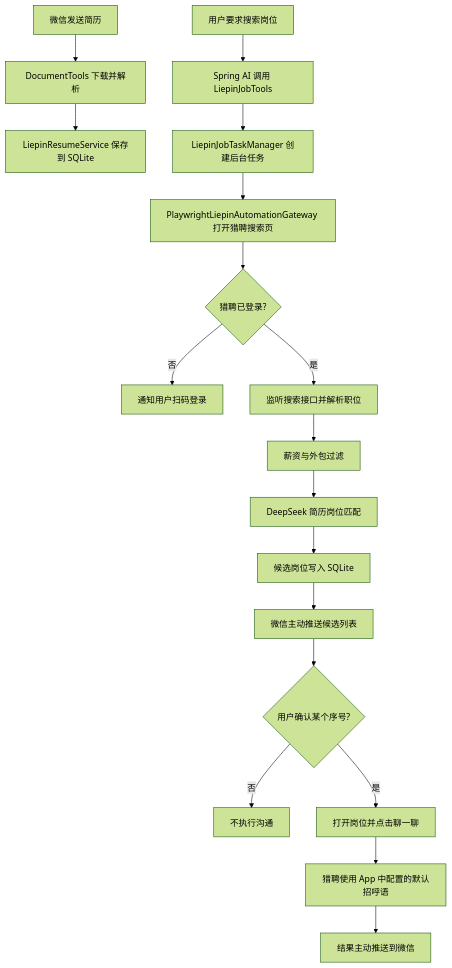
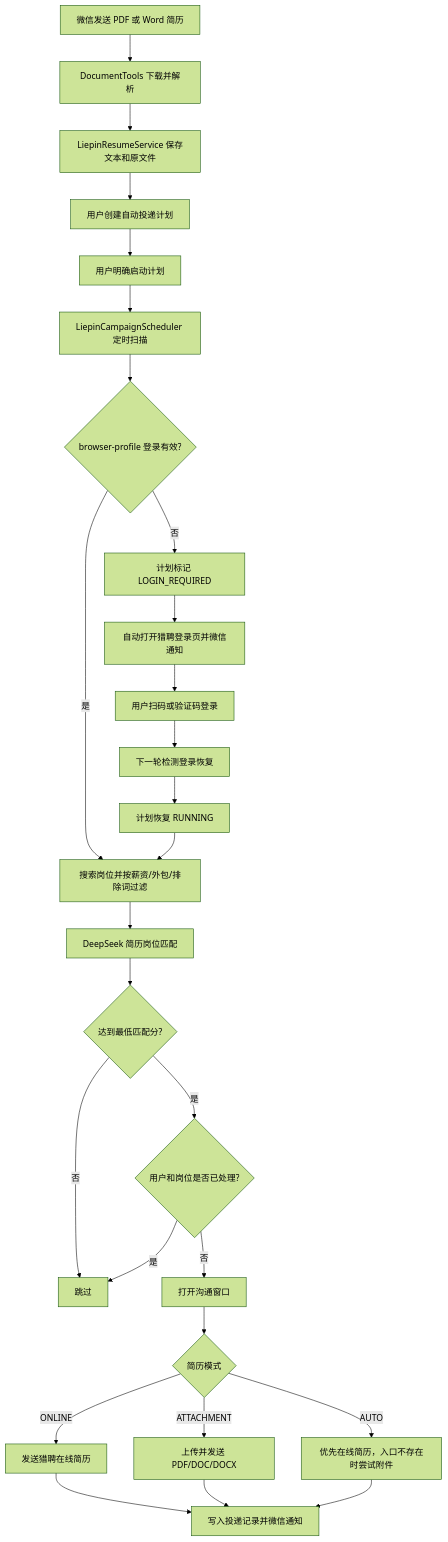
Before and after one commit to Bolok-code/Ykd_Repository: the diagram in doc/猎聘求职助手.md, drawn with Mermaid (forest theme). The commit also changed other lines of this file and 29 other files, not shown here.

````diff
--- a/doc/猎聘求职助手.md
+++ b/doc/猎聘求职助手.md
@@ -33,20 +14,29 @@
 ```mermaid
 flowchart TD
-    A[微信发送简历] --> B[DocumentTools 下载并解析]
-    B --> C[LiepinResumeService 保存到 SQLite]
-    D[用户要求搜索岗位] --> E[Spring AI 调用 LiepinJobTools]
-    E --> F[LiepinJobTaskManager 创建后台任务]
-    F --> G[PlaywrightLiepinAutomationGateway 打开猎聘搜索页]
-    G --> H{猎聘已登录?}
-    H -- 否 --> I[通知用户扫码登录]
-    H -- 是 --> J[监听搜索接口并解析职位]
-    J --> K[薪资与外包过滤]
-    K --> L[DeepSeek 简历岗位匹配]
-    L --> M[候选岗位写入 SQLite]
-    M --> N[微信主动推送候选列表]
-    N --> O{用户确认某个序号?}
-    O -- 否 --> P[不执行沟通]
-    O -- 是 --> Q[打开岗位并点击聊一聊]
-    Q --> R[猎聘使用 App 中配置的默认招呼语]
-    R --> S[结果主动推送到微信]
+    A[微信发送 PDF 或 Word 简历] --> B[DocumentTools 下载并解析]
+    B --> C[LiepinResumeService 保存文本和原文件]
+    C --> D[用户创建自动投递计划]
+    D --> E[用户明确启动计划]
+    E --> F[LiepinCampaignScheduler 定时扫描]
+    F --> G{browser-profile 登录有效?}
+    G -- 否 --> H[计划标记 LOGIN_REQUIRED]
+    H --> I[自动打开猎聘登录页并微信通知]
+    I --> J[用户扫码或验证码登录]
+    J --> K[下一轮检测登录恢复]
+    K --> L[计划恢复 RUNNING]
+    G -- 是 --> M[搜索岗位并按薪资/外包/排除词过滤]
+    L --> M
+    M --> N[DeepSeek 简历岗位匹配]
+    N --> O{达到最低匹配分?}
+    O -- 否 --> P[跳过]
+    O -- 是 --> Q{用户和岗位是否已处理?}
+    Q -- 是 --> P
+    Q -- 否 --> R[打开沟通窗口]
+    R --> S{简历模式}
+    S -- ONLINE --> T[发送猎聘在线简历]
+    S -- ATTACHMENT --> U[上传并发送 PDF/DOC/DOCX]
+    S -- AUTO --> V[优先在线简历，入口不存在时尝试附件]
+    T --> W[写入投递记录并微信通知]
+    U --> W
+    V --> W
 ```
````
